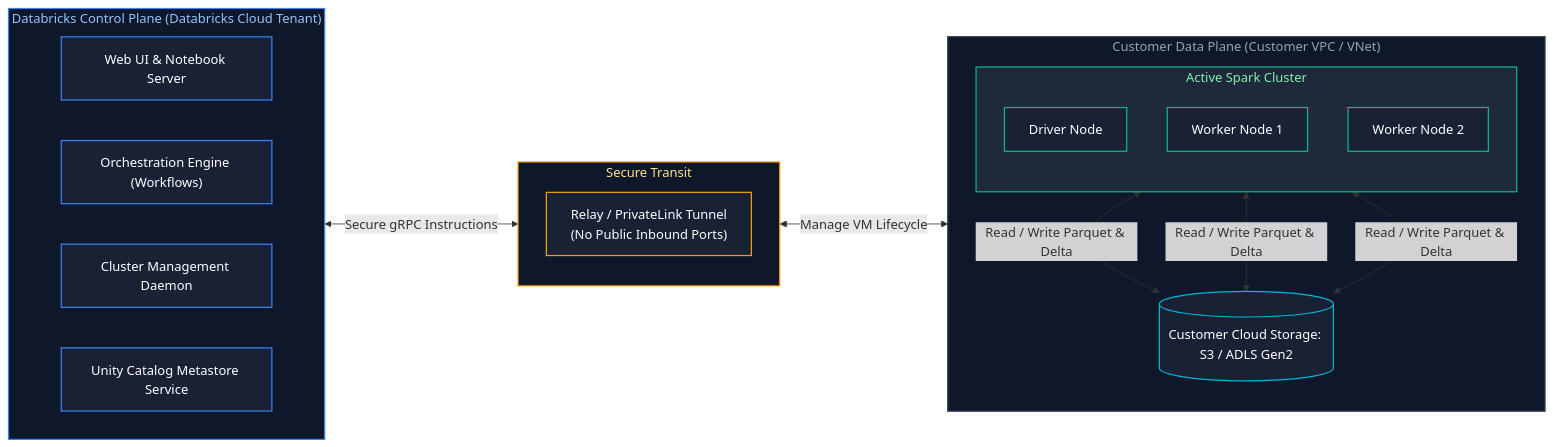
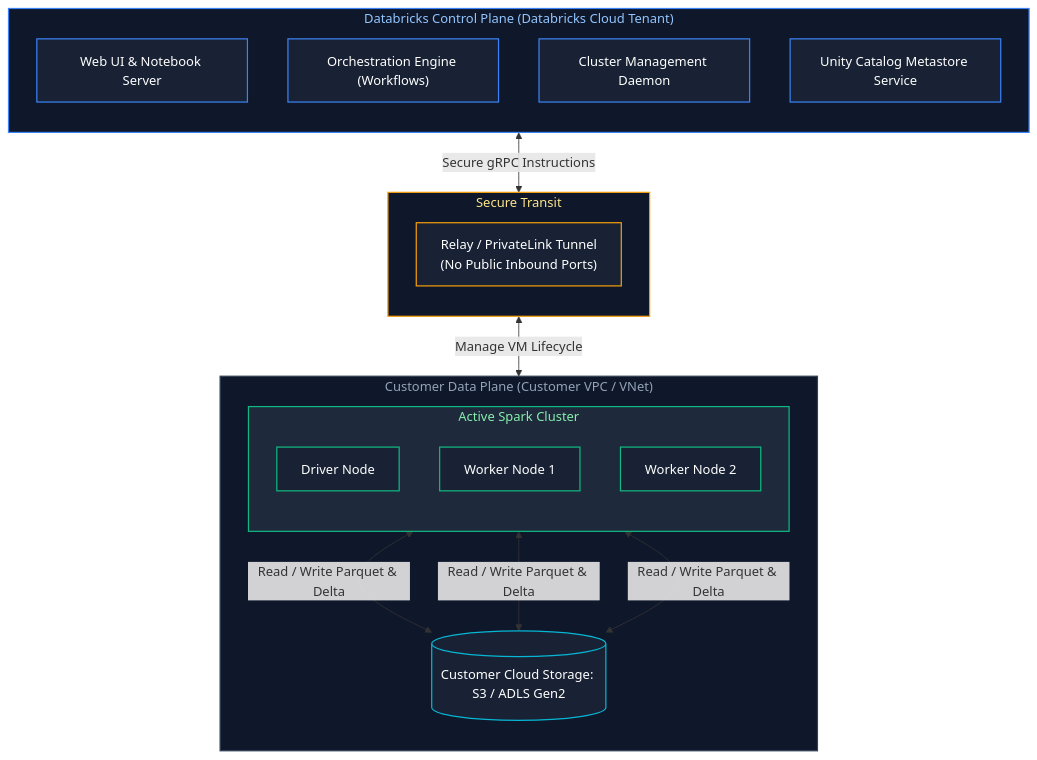
The second of 18 diagrams in Data Engineering/09_databricks_and_delta_lake.md (joydeep-biswas/Interview-Preparation), drawn with Mermaid before and after one commit. The commit also changed other lines of this file and 143 other files, not shown here.

````diff
--- a/Data Engineering/09_databricks_and_delta_lake.md
+++ b/Data Engineering/09_databricks_and_delta_lake.md
@@ -161,45 +164,45 @@
 ```mermaid
-flowchart LR
+flowchart TD
     subgraph ControlPlane ["Databricks Control Plane (Databricks Cloud Tenant)"]
-        direction LR
+        direction TD
         UI["Web UI & Notebook Server"]
         WorkflowEng["Orchestration Engine (Workflows)"]
         ClusterCoord["Cluster Management Daemon"]
         UCMeta["Unity Catalog Metastore Service"]
     end
 
     subgraph SecureNetwork ["Secure Transit"]
         direction TB
         Tunnel["Relay / PrivateLink Tunnel<br/>(No Public Inbound Ports)"]
     end
 
     subgraph CustomerDataPlane ["Customer Data Plane (Customer VPC / VNet)"]
         direction TB
         subgraph Cluster1 ["Active Spark Cluster"]
             direction TB
             DriverVM["Driver Node"]
             WorkerVM1["Worker Node 1"]
             WorkerVM2["Worker Node 2"]
         end
         Storage[(Customer Cloud Storage: S3 / ADLS Gen2)]
         DriverVM & WorkerVM1 & WorkerVM2 <-->|Read / Write Parquet & Delta| Storage
     end
 
     ControlPlane <-->|Secure gRPC Instructions| Tunnel
     Tunnel <-->|Manage VM Lifecycle| CustomerDataPlane
 
     style ControlPlane fill:#0f172a,stroke:#3b82f6,stroke-width:1.5px,color:#93c5fd
     style SecureNetwork fill:#0f172a,stroke:#f59e0b,stroke-width:1.5px,color:#fde68a
     style CustomerDataPlane fill:#0f172a,stroke:#334155,stroke-width:1.5px,color:#94a3b8
     style Cluster1 fill:#1e293b,stroke:#10b981,stroke-width:1.5px,color:#86efac
 
     style UI fill:#182234,stroke:#3b82f6,stroke-width:1.5px,color:#fff
     style WorkflowEng fill:#182234,stroke:#3b82f6,stroke-width:1.5px,color:#fff
     style ClusterCoord fill:#182234,stroke:#3b82f6,stroke-width:1.5px,color:#fff
     style UCMeta fill:#182234,stroke:#3b82f6,stroke-width:1.5px,color:#fff
     style Tunnel fill:#182234,stroke:#f59e0b,stroke-width:1.5px,color:#fff
     style DriverVM fill:#182234,stroke:#10b981,stroke-width:1.5px,color:#fff
     style WorkerVM1 fill:#182234,stroke:#10b981,stroke-width:1.5px,color:#fff
     style WorkerVM2 fill:#182234,stroke:#10b981,stroke-width:1.5px,color:#fff
     style Storage fill:#182234,stroke:#06b6d4,stroke-width:1.5px,color:#fff
 ```
````
